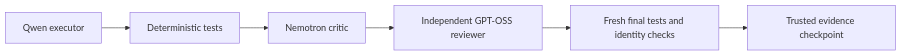
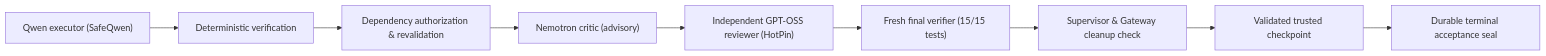
One commit to MilJav11/triglav-harness changed the diagram in README.md. Above: the diagram before and after it, drawn with Mermaid. The commit also changed other lines of this file and 28 other files, not shown here.

````diff
--- a/README.md
+++ b/README.md
@@ -36,8 +36,11 @@
 ```mermaid
 flowchart LR
-    E[Qwen executor] --> V[Deterministic tests]
-    V --> C[Nemotron critic]
-    C --> R[Independent GPT-OSS reviewer]
-    R --> F[Fresh final tests and identity checks]
-    F --> T[Trusted evidence checkpoint]
+    E["Qwen executor (SafeQwen)"] --> V["Deterministic verification"]
+    V --> D["Dependency authorization & revalidation"]
+    D --> C["Nemotron critic (advisory)"]
+    C --> R["Independent GPT-OSS reviewer (HotPin)"]
+    R --> F["Fresh final verifier (15/15 tests)"]
+    F --> S["Supervisor & Gateway cleanup check"]
+    S --> K["Validated trusted checkpoint"]
+    K --> T["Durable terminal acceptance seal"]
 ```
````
